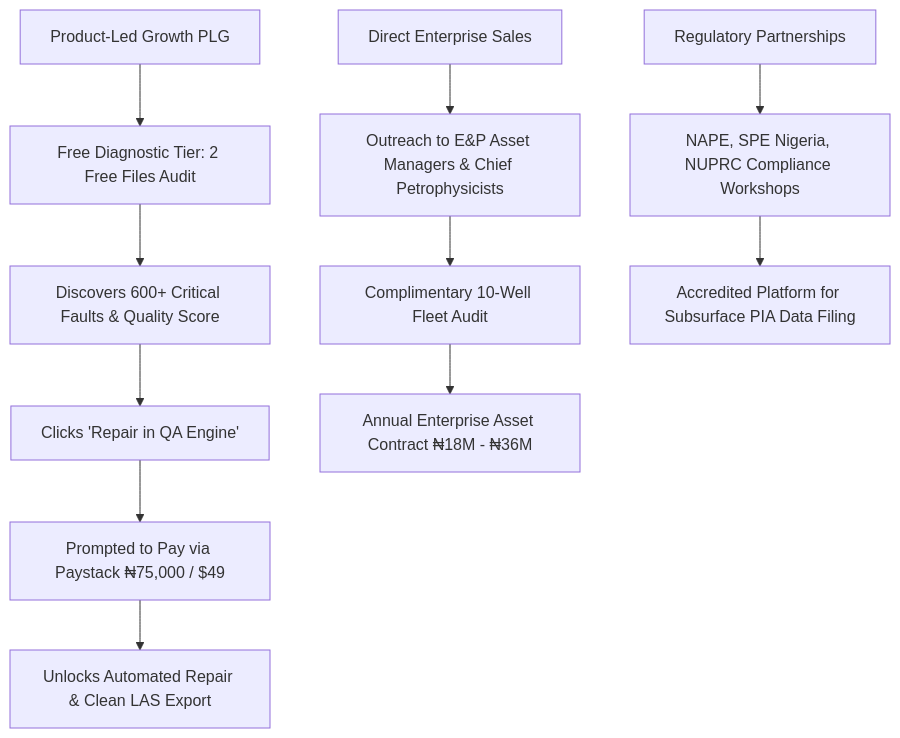
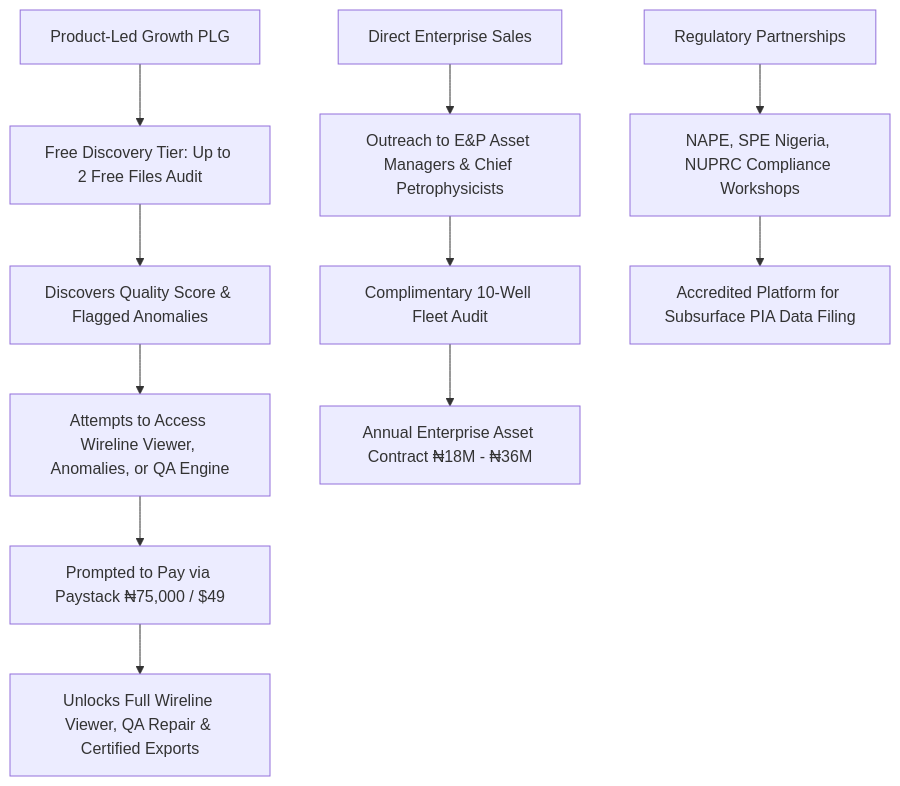
Before and after one commit to 8GUYS/wellqc: the fourth of 5 diagrams in Documentations/wellqc_business_plan_and_proposal.md, drawn with Mermaid. The commit also changed other lines of this file and 42 other files, not shown here.

````diff
--- a/Documentations/wellqc_business_plan_and_proposal.md
+++ b/Documentations/wellqc_business_plan_and_proposal.md
@@ -208,15 +224,15 @@
 ```mermaid
 flowchart TD
-    GTM1[Product-Led Growth PLG] --> C1[Free Diagnostic Tier: 2 Free Files Audit]
-    C1 --> C2[Discovers 600+ Critical Faults & Quality Score]
-    C2 --> C3[Clicks 'Repair in QA Engine']
+    GTM1[Product-Led Growth PLG] --> C1[Free Discovery Tier: Up to 2 Free Files Audit]
+    C1 --> C2[Discovers Quality Score & Flagged Anomalies]
+    C2 --> C3[Attempts to Access Wireline Viewer, Anomalies, or QA Engine]
     C3 --> C4[Prompted to Pay via Paystack ₦75,000 / $49]
-    C4 --> C5[Unlocks Automated Repair & Clean LAS Export]
+    C4 --> C5[Unlocks Full Wireline Viewer, QA Repair & Certified Exports]
     
     GTM2[Direct Enterprise Sales] --> D1[Outreach to E&P Asset Managers & Chief Petrophysicists]
     D1 --> D2[Complimentary 10-Well Fleet Audit]
     D2 --> D3[Annual Enterprise Asset Contract ₦18M - ₦36M]
     
     GTM3[Regulatory Partnerships] --> R1[NAPE, SPE Nigeria, NUPRC Compliance Workshops]
     R1 --> R2[Accredited Platform for Subsurface PIA Data Filing]
 ```
````
